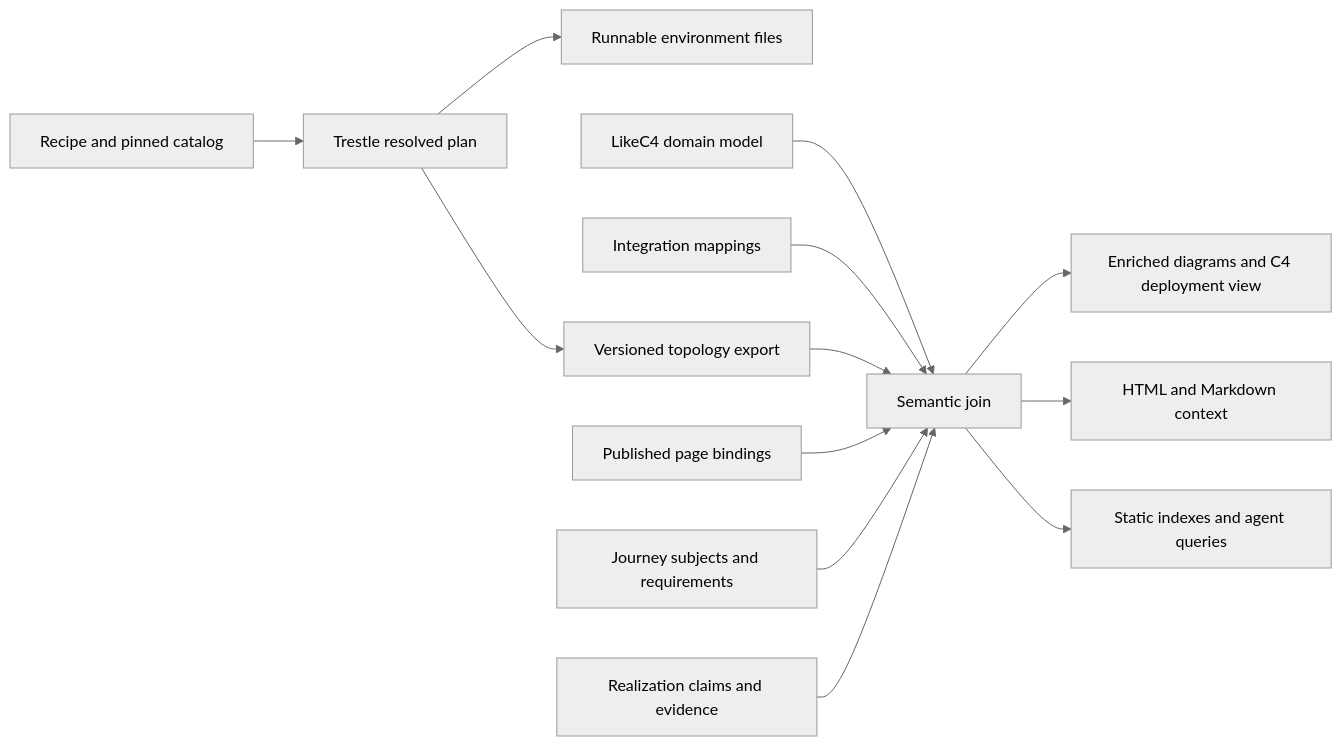
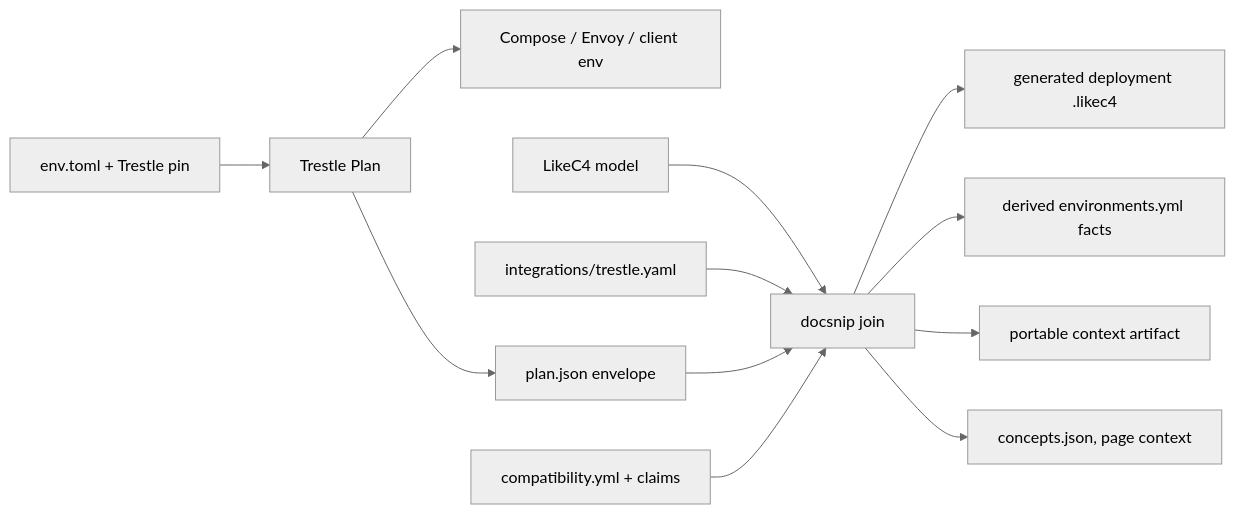
One commit to open-lakehouse/docs-factory changed the diagram in docs/design/trestle-model-convergence.md. Above: the diagram before and after it, drawn with Mermaid (neutral theme). The commit also changed other lines of this file and 4 other files, not shown here.

First line of the commit message:
docs: consolidate Trestle/model convergence design and plan (#218)

````diff
--- a/docs/design/trestle-model-convergence.md
+++ b/docs/design/trestle-model-convergence.md
@@ -236,15 +321,14 @@
 ```mermaid
 flowchart LR
-  Recipe[Recipe and pinned catalog] --> Plan[Trestle resolved plan]
-  Plan --> Files[Runnable environment files]
-  Plan --> Topology[Versioned topology export]
-  Model[LikeC4 domain model] --> Join[Semantic join]
-  Bindings[Integration mappings] --> Join
-  Topology --> Join
-  Pages[Published page bindings] --> Join
-  Journeys[Journey subjects and requirements] --> Join
-  Claims[Realization claims and evidence] --> Join
-  Join --> Diagrams[Enriched diagrams and C4 deployment view]
-  Join --> Text[HTML and Markdown context]
-  Join --> Agents[Static indexes and agent queries]
+  Recipe[env.toml + Trestle pin] --> Plan[Trestle Plan]
+  Plan --> Files[Compose / Envoy / client env]
+  Plan --> PlanJson[plan.json envelope]
+  Model[LikeC4 model] --> Join[docsnip join]
+  Map[integrations/trestle.yaml] --> Join
+  PlanJson --> Join
+  Journeys[compatibility.yml + claims] --> Join
+  Join --> Fragment[generated deployment .likec4]
+  Join --> Registry[derived environments.yml facts]
+  Join --> Context[portable context artifact]
+  Join --> Public[concepts.json, page context]
 ```
````
